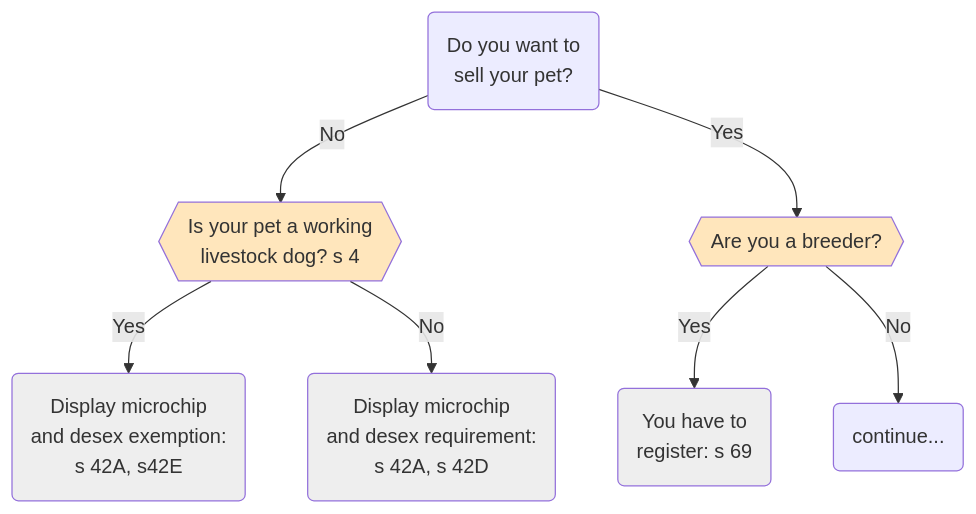
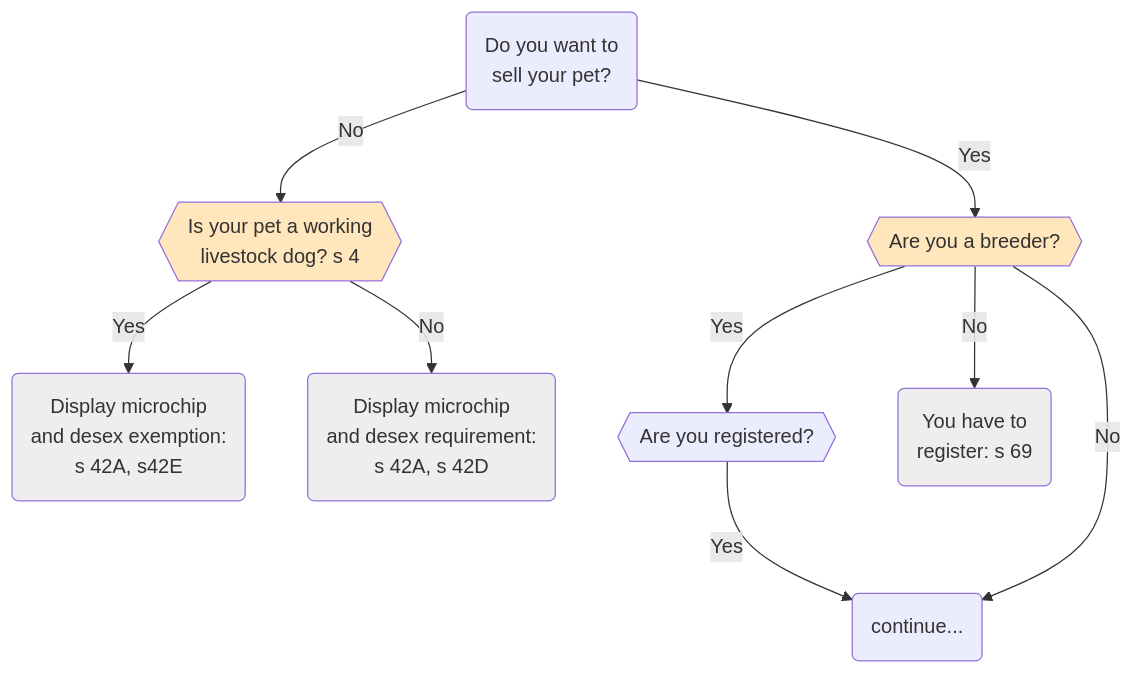
The diagram in textbook-source/docs/coding_exercises/_flowcharts/cw2b_flowchart1.mdx (FlindersLaw/textbook), drawn with Mermaid before and after one commit. The commit also changed 12 other files, not shown here.

````diff
--- a/textbook-source/docs/coding_exercises/_flowcharts/cw2b_flowchart1.mdx
+++ b/textbook-source/docs/coding_exercises/_flowcharts/cw2b_flowchart1.mdx
@@ -1,23 +1,25 @@
 ```mermaid
 flowchart TD
     id0(Do you want to<br>sell your pet?)
     id0 -- No --> id1{{Is your pet a working<br>livestock dog? s 4}}
     id1 -- Yes --> id2(Display microchip<br>and desex exemption:<br>s 42A, s42E)
     id1 -- No --> id3(Display microchip<br>and desex requirement:<br>s 42A, s 42D)
     
     id0 -- Yes --> id4{{Are  you a breeder?}}
-    id4 -- Yes --> id5(You have to<br>register: s 69)
+    id4 -- Yes --> id4a{{Are you registered?}}
+    id4a -- Yes --> id6
+    id4 -- No --> id5(You have to<br>register: s 69)
 
     id4 -- No --> id6(continue...)
 
     %% Define styles for flowchart items.  We want to make comments yellow
     %% and have a larger font size for regular items
     classDef commentClass fill:#faffd6,text-align:left
     classDef questionClass fill:#ffe6bc
     classDef boundaryClass fill:#eeeeee,text-fill-color:#fff
     classDef itemClass font-size:16pt
     classDef leftListClass text-align:left
 
     class id1,id4,id7,id9 questionClass;
     class id01,id2,id3,id5,id10,id11 boundaryClass;
 ```
````
